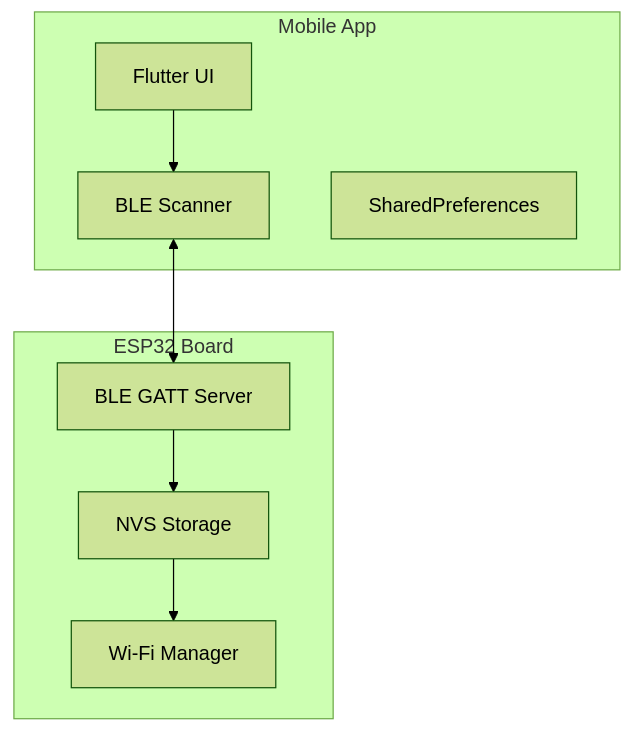
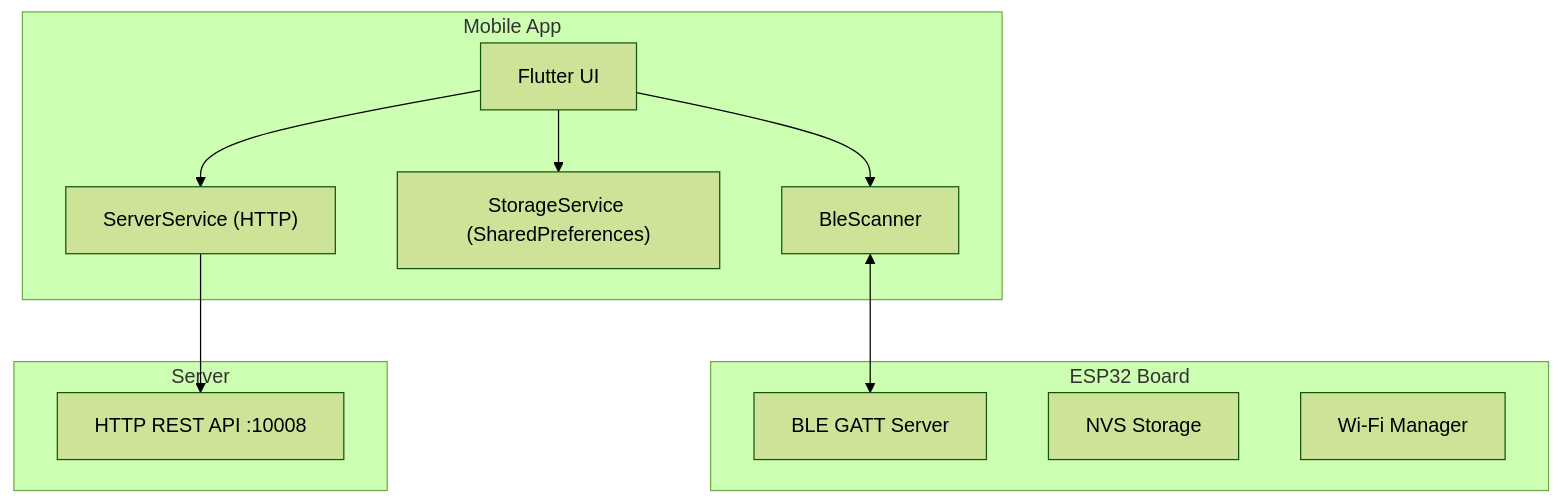
The first of 2 diagrams in apps/mobile/design.md (hyunu/nexio), drawn with Mermaid (forest theme) before and after one commit. The commit also changed other lines of this file, not shown here.

Commit message:
docs(mobile): sync design.md with mobile code (BLE scan, storage, server polling)

````diff
--- a/apps/mobile/design.md
+++ b/apps/mobile/design.md
@@ -9,19 +9,25 @@
 ```mermaid
 graph TB
     subgraph "Mobile App"
-        BLE[BLE Scanner]
+        BLE[BleScanner]
         UI[Flutter UI]
-        STORAGE[SharedPreferences]
+        STORAGE["StorageService (SharedPreferences)"]
+        SERVER["ServerService (HTTP)"]
     end
 
     subgraph "ESP32 Board"
-        BLE_ESP[BLE GATT Server]
-        NVS[NVS Storage]
-        WIFI[Wi-Fi Manager]
+        BLE_ESP["BLE GATT Server"]
+        NVS["NVS Storage"]
+        WIFI["Wi-Fi Manager"]
+    end
+
+    subgraph "Server"
+        API["HTTP REST API :10008"]
     end
 
     UI --> BLE
     BLE <--> BLE_ESP
-    BLE_ESP --> NVS
-    NVS --> WIFI
+    UI --> STORAGE
+    UI --> SERVER
+    SERVER --> API
 ```
````
